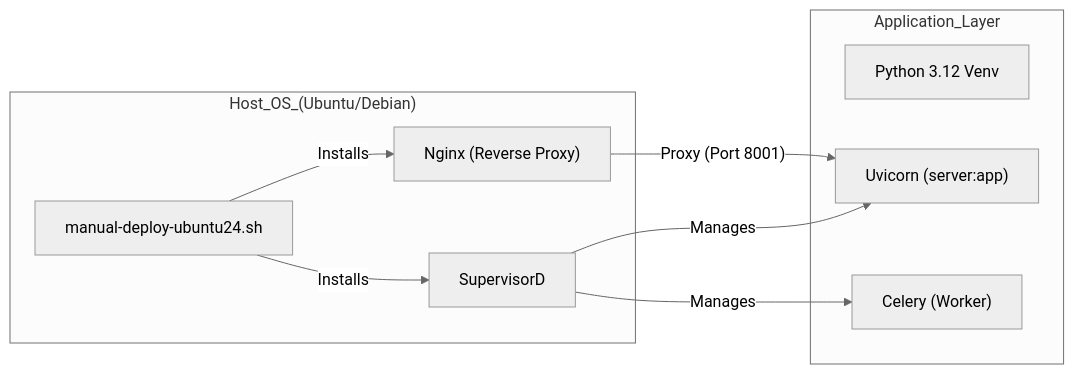
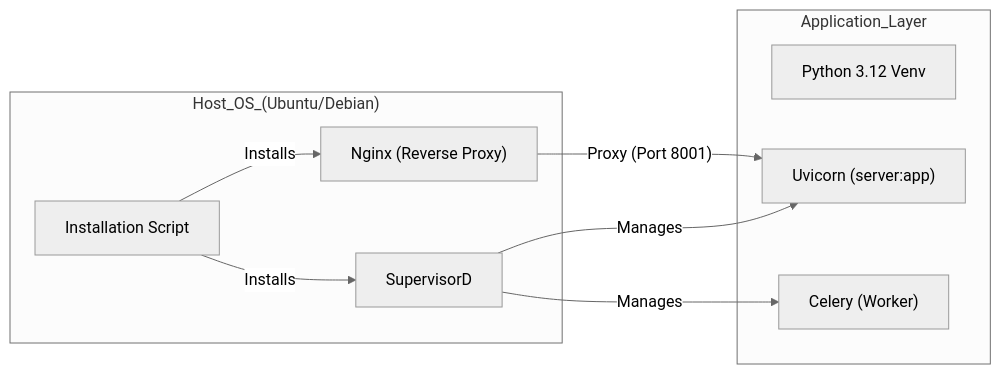
Before and after one commit to niteshsaini/offloadsecurity-docs: the second of 2 diagrams in docs/platform-overview/getting-started.md, drawn with Mermaid (neutral theme). The commit also changed other lines of this file and 5 other files, not shown here.

````diff
--- a/docs/platform-overview/getting-started.md
+++ b/docs/platform-overview/getting-started.md
@@ -94,20 +94,20 @@
 ```mermaid
 graph LR
     subgraph "Host_OS_(Ubuntu/Debian)"
-        INSTALL_SH["manual-deploy-ubuntu24.sh"]
+        INSTALL_SH["Installation Script"]
         NGINX["Nginx (Reverse Proxy)"]
         SUPERVISOR["SupervisorD"]
     end
 
     subgraph "Application_Layer"
         VENV["Python 3.12 Venv"]
         UVICORN["Uvicorn (server:app)"]
         CELERY["Celery (Worker)"]
     end
 
     INSTALL_SH -- "Installs" --> NGINX
     INSTALL_SH -- "Installs" --> SUPERVISOR
     NGINX -- "Proxy (Port 8001)" --> UVICORN
     SUPERVISOR -- "Manages" --> UVICORN
     SUPERVISOR -- "Manages" --> CELERY
 ```
````
